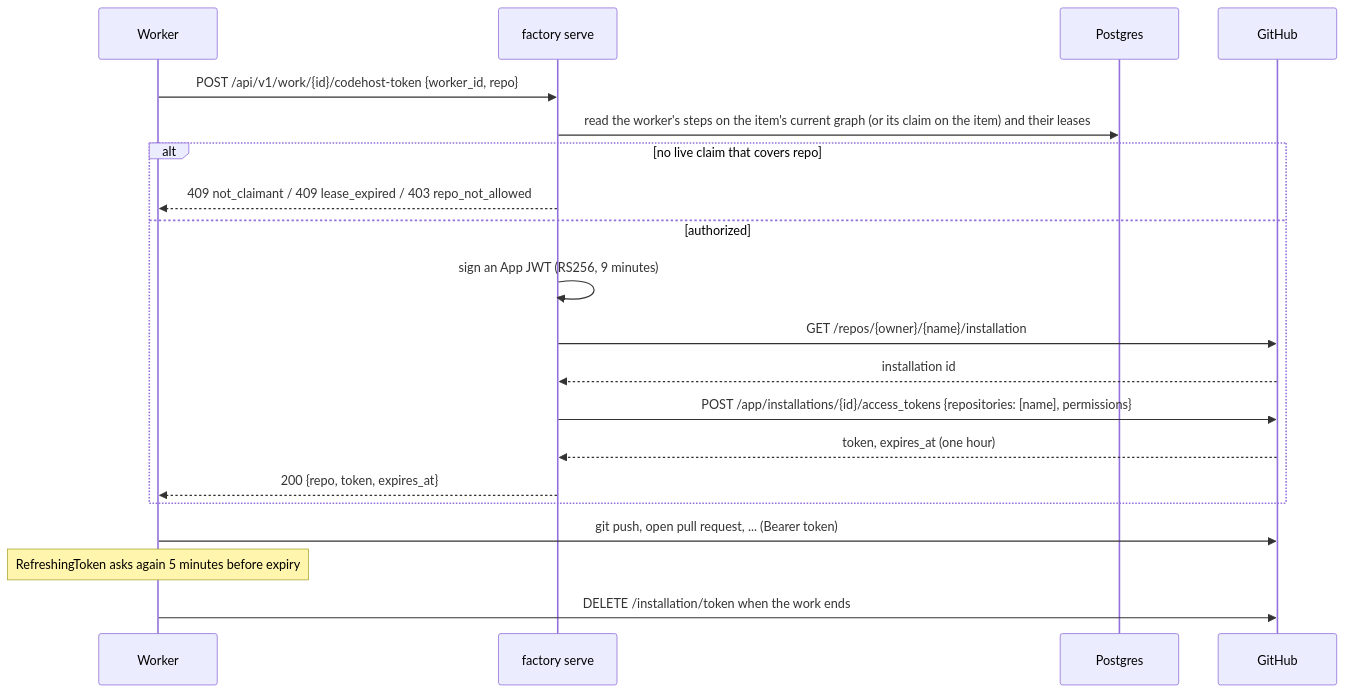
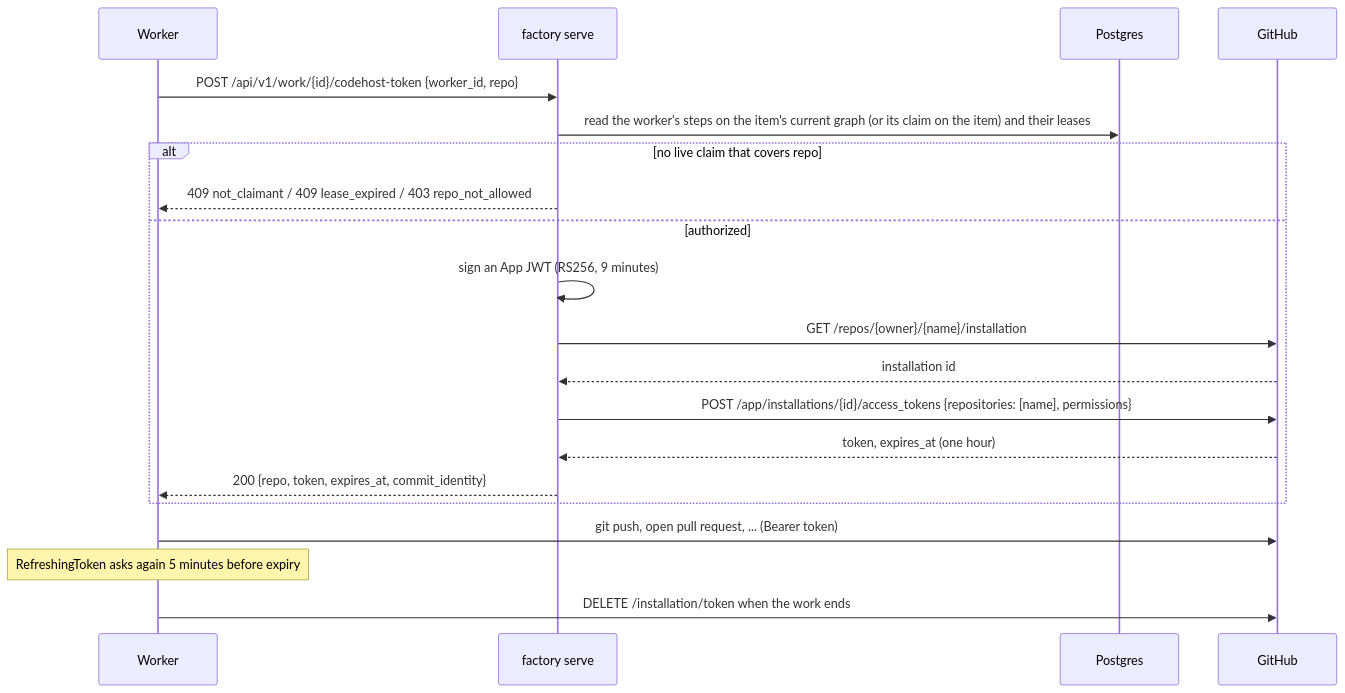
Before and after one commit to autobutler-org/factory: the diagram in docs/architecture/codehost.md, drawn with Mermaid. The commit also changed other lines of this file and 16 other files, not shown here.

````diff
--- a/docs/architecture/codehost.md
+++ b/docs/architecture/codehost.md
@@ -64,23 +64,23 @@
 ```mermaid
 sequenceDiagram
     participant W as Worker
     participant F as factory serve
     participant DB as Postgres
     participant GH as GitHub
 
     W->>F: POST /api/v1/work/{id}/codehost-token {worker_id, repo}
     F->>DB: read the worker's steps on the item's current graph (or its claim on the item) and their leases
     alt no live claim that covers repo
         F-->>W: 409 not_claimant / 409 lease_expired / 403 repo_not_allowed
     else authorized
         F->>F: sign an App JWT (RS256, 9 minutes)
         F->>GH: GET /repos/{owner}/{name}/installation
         GH-->>F: installation id
         F->>GH: POST /app/installations/{id}/access_tokens {repositories: [name], permissions}
         GH-->>F: token, expires_at (one hour)
-        F-->>W: 200 {repo, token, expires_at}
+        F-->>W: 200 {repo, token, expires_at, commit_identity}
     end
     W->>GH: git push, open pull request, ... (Bearer token)
     Note over W: RefreshingToken asks again 5 minutes before expiry
     W->>GH: DELETE /installation/token when the work ends
 ```
````
